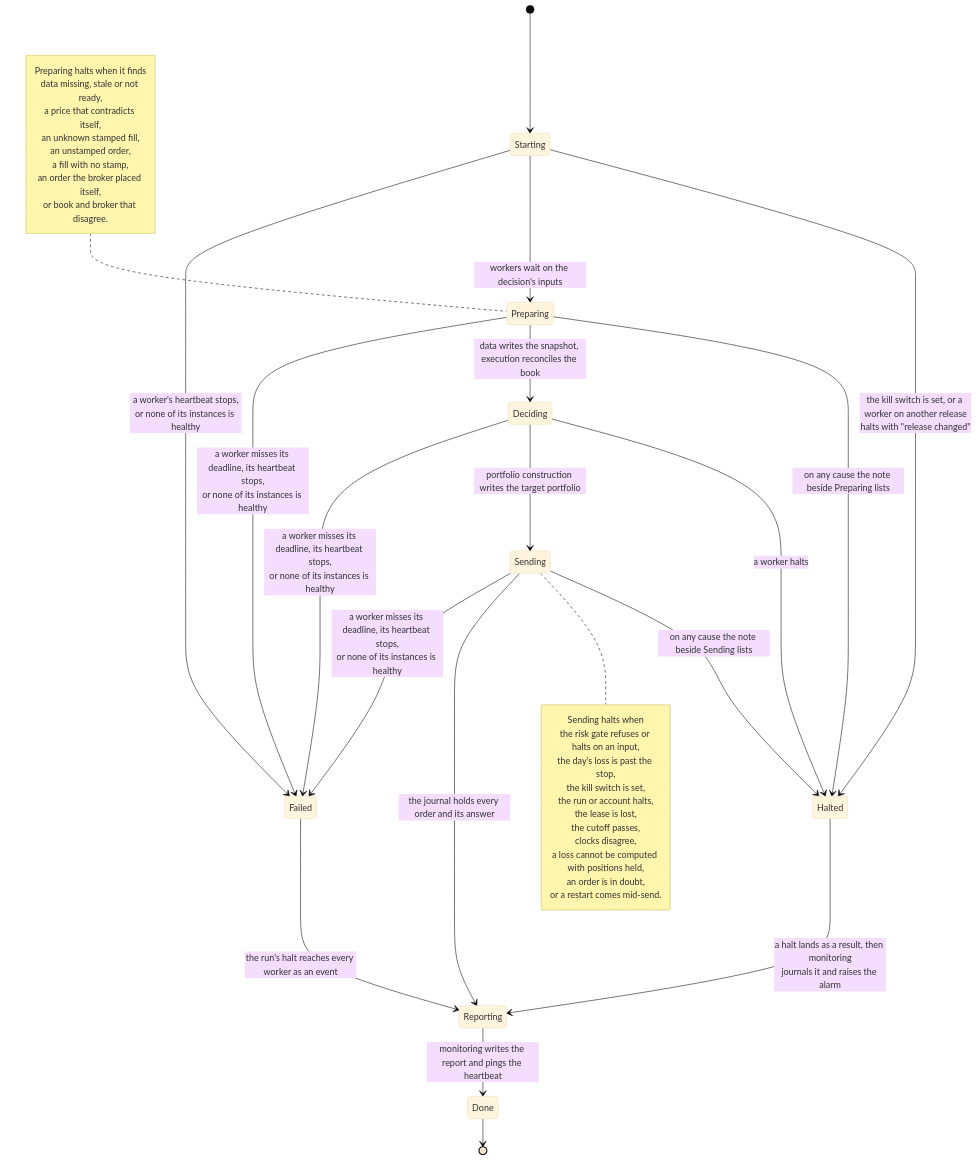
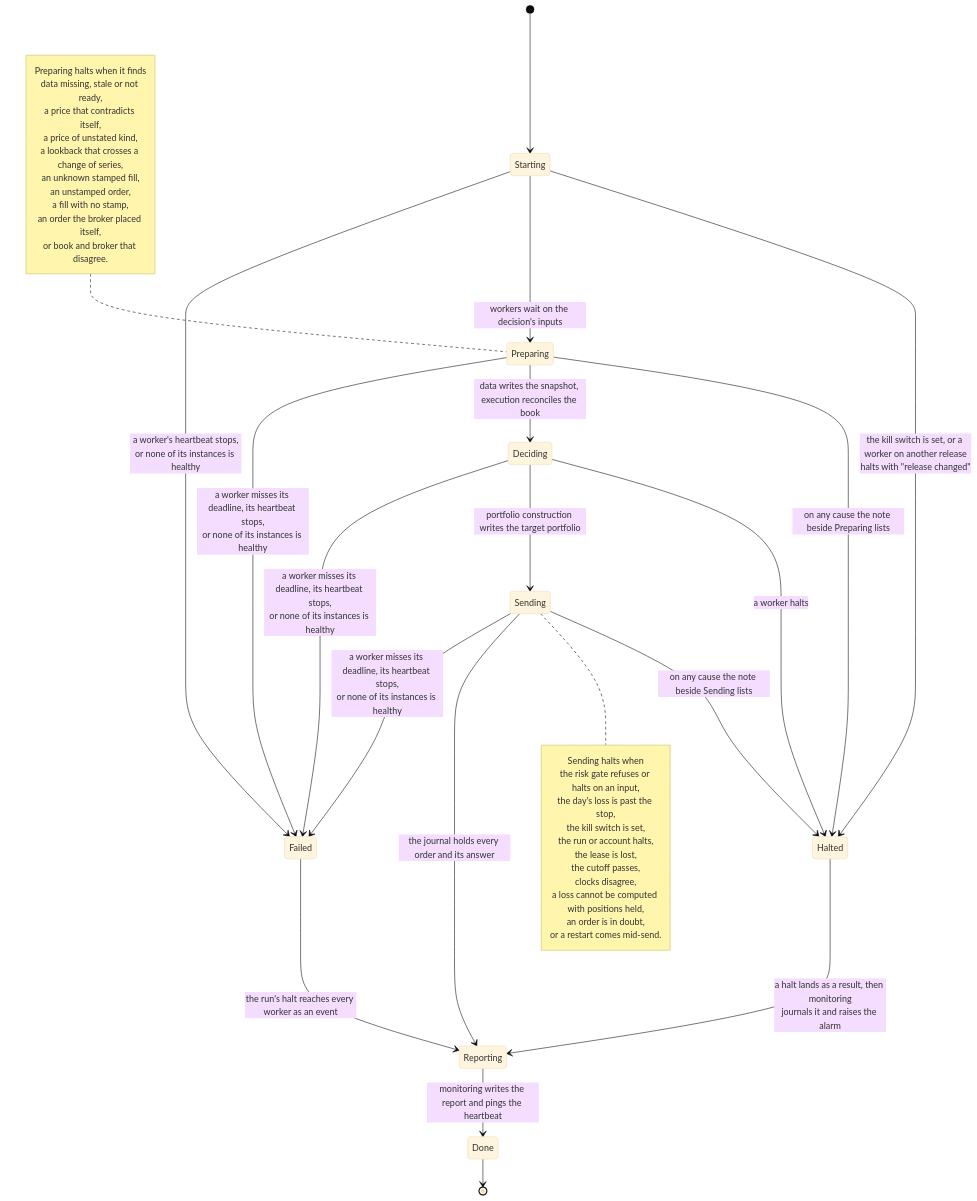
One commit to l3a0/ithildin-runtime changed diagram 18 of 18 in docs/architecture/06-runtime.md. Above: the diagram before and after it, drawn with Mermaid (base theme). The commit also changed other lines of this file and 13 other files, not shown here.

First line of the commit message:
feat(data): a lookback that crosses a change of series halts (#157)

````diff
--- a/docs/architecture/06-runtime.md
+++ b/docs/architecture/06-runtime.md
@@ -1192,43 +1192,45 @@
 ```mermaid
 stateDiagram-v2
     [*] --> Starting
     Starting --> Halted: the kill switch is set, or a worker on another release<br/>halts with "release changed"
     Starting --> Preparing: workers wait on the decision's inputs
     Preparing --> Halted: on any cause the note beside Preparing lists
     note left of Preparing
         Preparing halts when it finds
         data missing, stale or not ready,
         a price that contradicts itself,
+        a price of unstated kind,
+        a lookback that crosses a change of series,
         an unknown stamped fill,
         an unstamped order,
         a fill with no stamp,
         an order the broker placed itself,
         or book and broker that disagree.
     end note
     Preparing --> Deciding: data writes the snapshot, execution reconciles the book
     Deciding --> Halted: a worker halts
     Deciding --> Sending: portfolio construction writes the target portfolio
     Sending --> Halted: on any cause the note beside Sending lists
     note right of Sending
         Sending halts when
         the risk gate refuses or halts on an input,
         the day's loss is past the stop,
         the kill switch is set,
         the run or account halts,
         the lease is lost,
         the cutoff passes,
         clocks disagree,
         a loss cannot be computed with positions held,
         an order is in doubt,
         or a restart comes mid-send.
     end note
     Sending --> Reporting: the journal holds every order and its answer
     Halted --> Reporting: a halt lands as a result, then monitoring<br/>journals it and raises the alarm
     Reporting --> Done: monitoring writes the report and pings the heartbeat
     Done --> [*]
     Starting --> Failed: a worker's heartbeat stops,<br/>or none of its instances is healthy
     Preparing --> Failed: a worker misses its deadline, its heartbeat stops,<br/>or none of its instances is healthy
     Deciding --> Failed: a worker misses its deadline, its heartbeat stops,<br/>or none of its instances is healthy
     Sending --> Failed: a worker misses its deadline, its heartbeat stops,<br/>or none of its instances is healthy
     Failed --> Reporting: the run's halt reaches every worker as an event
 ```
````
